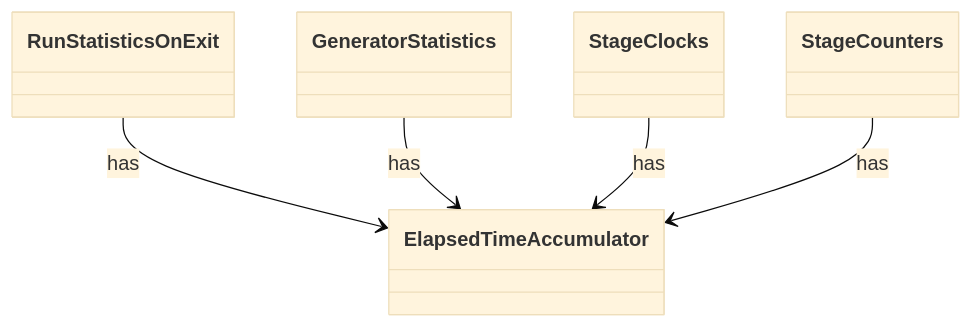
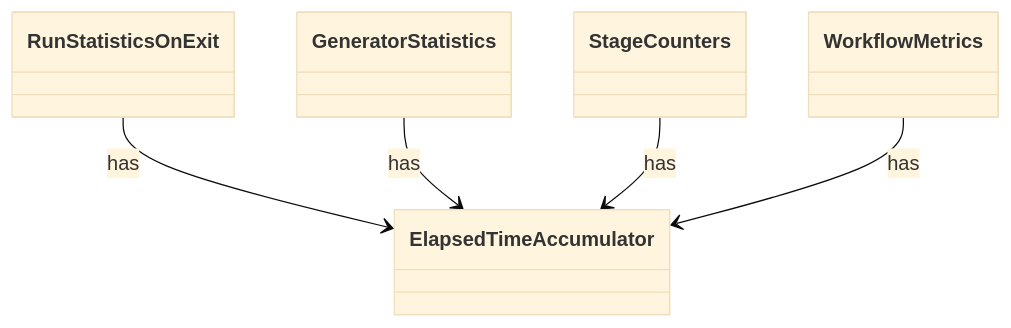
The diagram in dev/types/io.github.tlaplus.hardening.workflow.execution.ElapsedTimeAccumulator.md (tlaplus/model-checker-hardening), drawn with Mermaid (base theme) before and after one commit. The commit also changed other lines of this file and 408 other files, not shown here.

````diff
--- a/dev/types/io.github.tlaplus.hardening.workflow.execution.ElapsedTimeAccumulator.md
+++ b/dev/types/io.github.tlaplus.hardening.workflow.execution.ElapsedTimeAccumulator.md
@@ -7,12 +7,12 @@
 ```mermaid
 classDiagram
   class ElapsedTimeAccumulator
   class RunStatisticsOnExit
   class GeneratorStatistics
-  class StageClocks
   class StageCounters
+  class WorkflowMetrics
   RunStatisticsOnExit --> ElapsedTimeAccumulator : has
   GeneratorStatistics --> ElapsedTimeAccumulator : has
-  StageClocks --> ElapsedTimeAccumulator : has
   StageCounters --> ElapsedTimeAccumulator : has
+  WorkflowMetrics --> ElapsedTimeAccumulator : has
 ```
````
